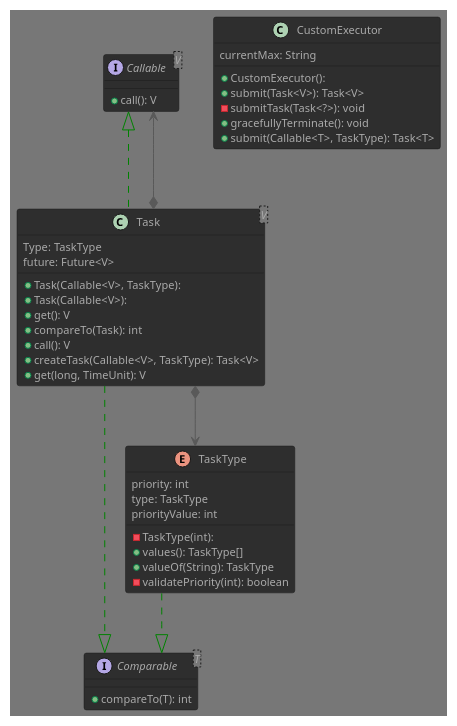
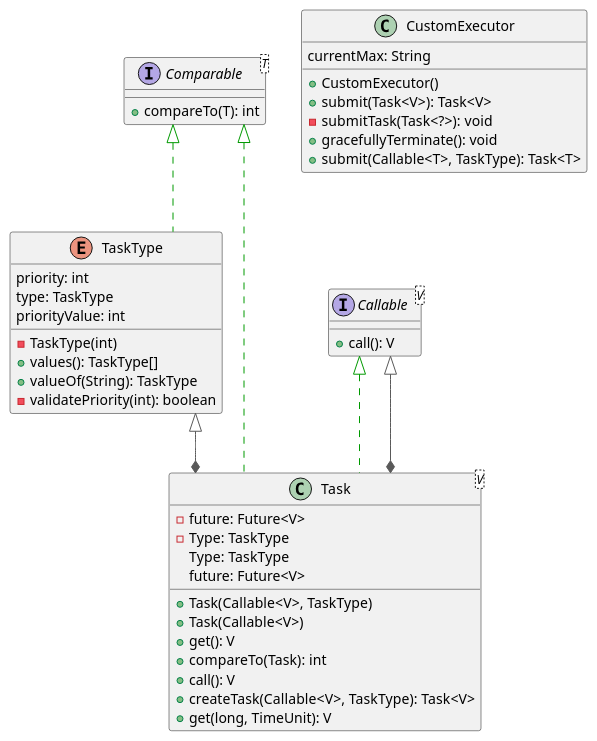
Before and after one commit to GalHillel/OOP_2: the diagram in out/production/OOP_2/Ex2_UML.plantuml, drawn with PlantUML. The commit also changed 1 other file, not shown here.

```diff
--- a/out/production/OOP_2/Ex2_UML.plantuml
+++ b/out/production/OOP_2/Ex2_UML.plantuml
@@ -1,59 +1,66 @@
 @startuml
 
 '!theme aws-orange
 '!theme black-knight
 '!theme cloudscape-design
 '!theme hacker
 '!theme reddress-darkblue
 '!theme reddress-darkgreen
 '!theme reddress-darkorange
-!theme reddress-darkred
+'!theme reddress-darkred
 '!theme reddress-lightblue
 '!theme reddress-lightgreen
 '!theme reddress-lightorange
 '!theme reddress-lightred
 '!theme toy
-top to bottom direction
-skinparam linetype ortho
+'top to bottom direction
+skinparam  linetype ortho
 
-interface Callable<V>  {
-  + call(): V
-}
+
 interface Comparable<T>  {
   + compareTo(T): int
 }
+
 class CustomExecutor {
-  + CustomExecutor(): 
+  + CustomExecutor()
   + submit(Task<V>): Task<V>
   - submitTask(Task<?>): void
   + gracefullyTerminate(): void
   + submit(Callable<T>, TaskType): Task<T>
    currentMax: String
 }
+
+enum TaskType {
+  - TaskType(int)
+  + values(): TaskType[]
+  + valueOf(String): TaskType
+  - validatePriority(int): boolean
+   priority: int
+   type: TaskType
+   priorityValue: int
+}
+
+interface Callable<V>  {
+  + call(): V
+}
+
 class Task<V> {
-  + Task(Callable<V>, TaskType): 
-  + Task(Callable<V>): 
+  + Task(Callable<V>, TaskType)
+  + Task(Callable<V>)
+  - future: Future<V>
+  - Type: TaskType
   + get(): V
   + compareTo(Task): int
   + call(): V
   + createTask(Callable<V>, TaskType): Task<V>
   + get(long, TimeUnit): V
    Type: TaskType
    future: Future<V>
 }
-enum TaskType {
-  - TaskType(int): 
-  + values(): TaskType[]
-  + valueOf(String): TaskType
-  - validatePriority(int): boolean
-   priority: int
-   type: TaskType
-   priorityValue: int
-}
 
-Callable            ^-[#008200,dashed]-  Task
-Task            *-[#595959,plain]->  Callable
-Task            -[#008200,dashed]-^  Comparable     
-Task            *-[#595959,plain]->  TaskType
-TaskType        -[#008200,dashed]-^  Comparable     
+Callable    ^-[#009900,dashed]-  Task
+Callable    ^-[#595959,plain]-*   Task
+Comparable  ^-[#009900,dashed]-  Task
+TaskType    ^-[#595959,plain]-*  Task
+Comparable  ^-[#009900,dashed]-  TaskType
 @enduml
```
